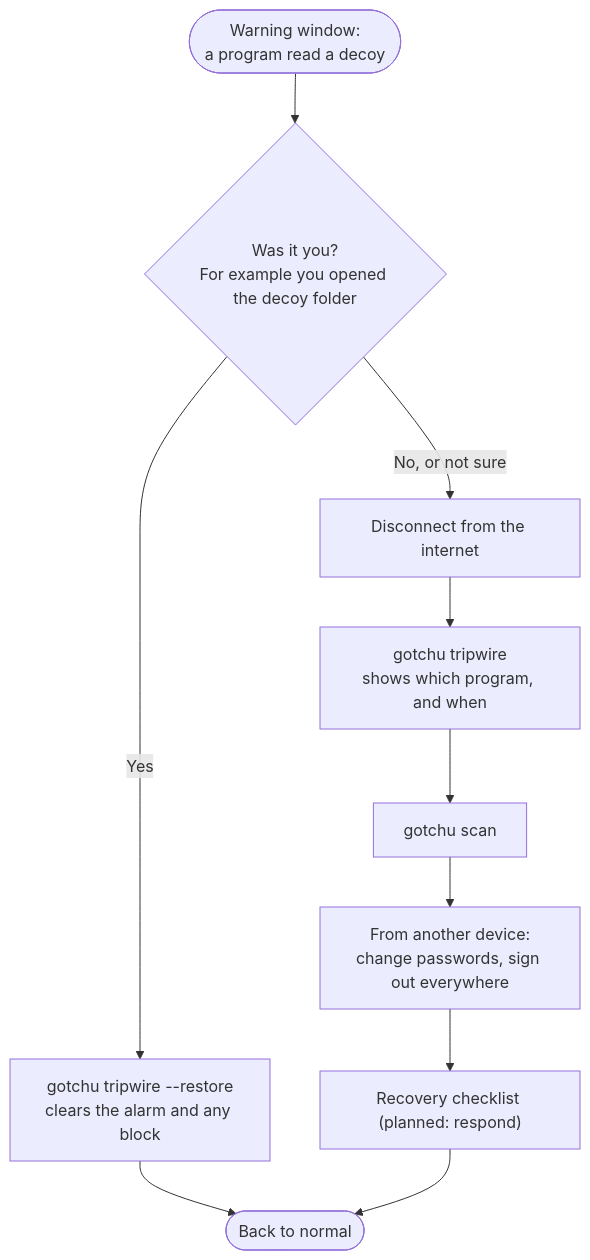
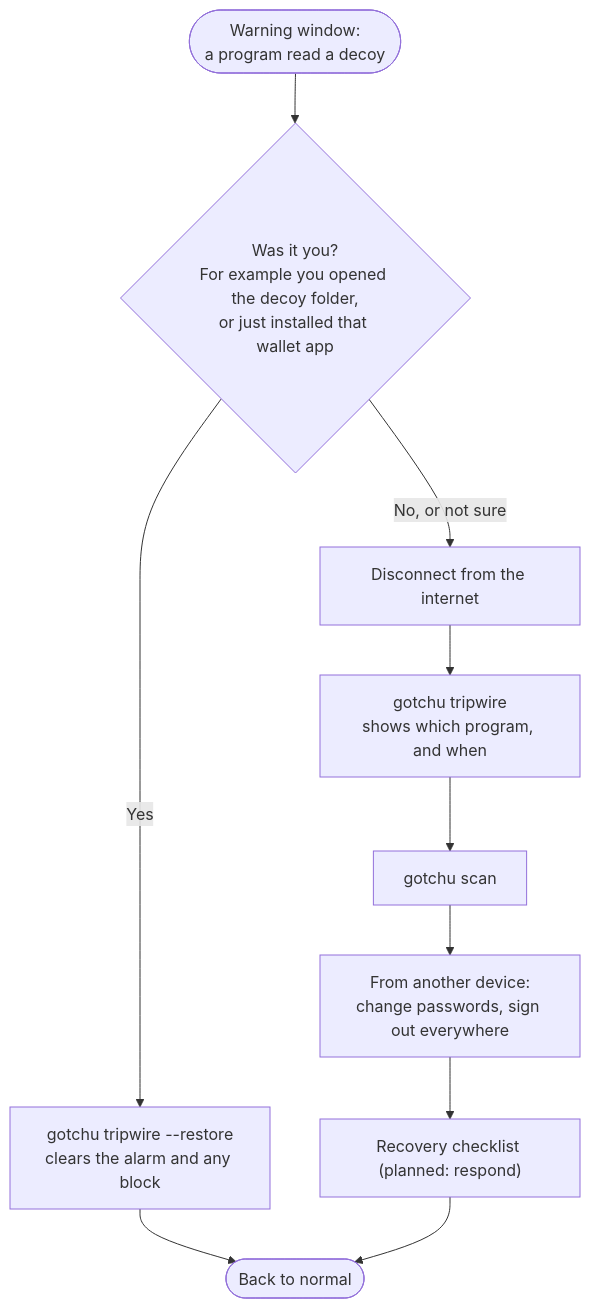
The fourth of 6 diagrams in docs/USER_FLOWS.md (AnshMittal08/GotchU), drawn with Mermaid before and after one commit. The commit also changed other lines of this file and 5 other files, not shown here.

First line of the commit message:
Docs: Program Files helpers, decoy safety, setup command, licence

````diff
--- a/docs/USER_FLOWS.md
+++ b/docs/USER_FLOWS.md
@@ -68,12 +68,12 @@
 ```mermaid
 flowchart TB
-    alarm(["Warning window:<br/>a program read a decoy"]) --> me{"Was it you?<br/>For example you opened the decoy folder"}
+    alarm(["Warning window:<br/>a program read a decoy"]) --> me{"Was it you?<br/>For example you opened the decoy folder,<br/>or just installed that wallet app"}
     me -- "Yes" --> clear["gotchu tripwire --restore<br/>clears the alarm and any block"]
     me -- "No, or not sure" --> offline["Disconnect from the internet"]
     offline --> who["gotchu tripwire<br/>shows which program, and when"]
     who --> scan["gotchu scan"]
     scan --> away["From another device:<br/>change passwords, sign out everywhere"]
     away --> respond["Recovery checklist (planned: respond)"]
     clear --> ok(["Back to normal"])
     respond --> ok
 ```
````
